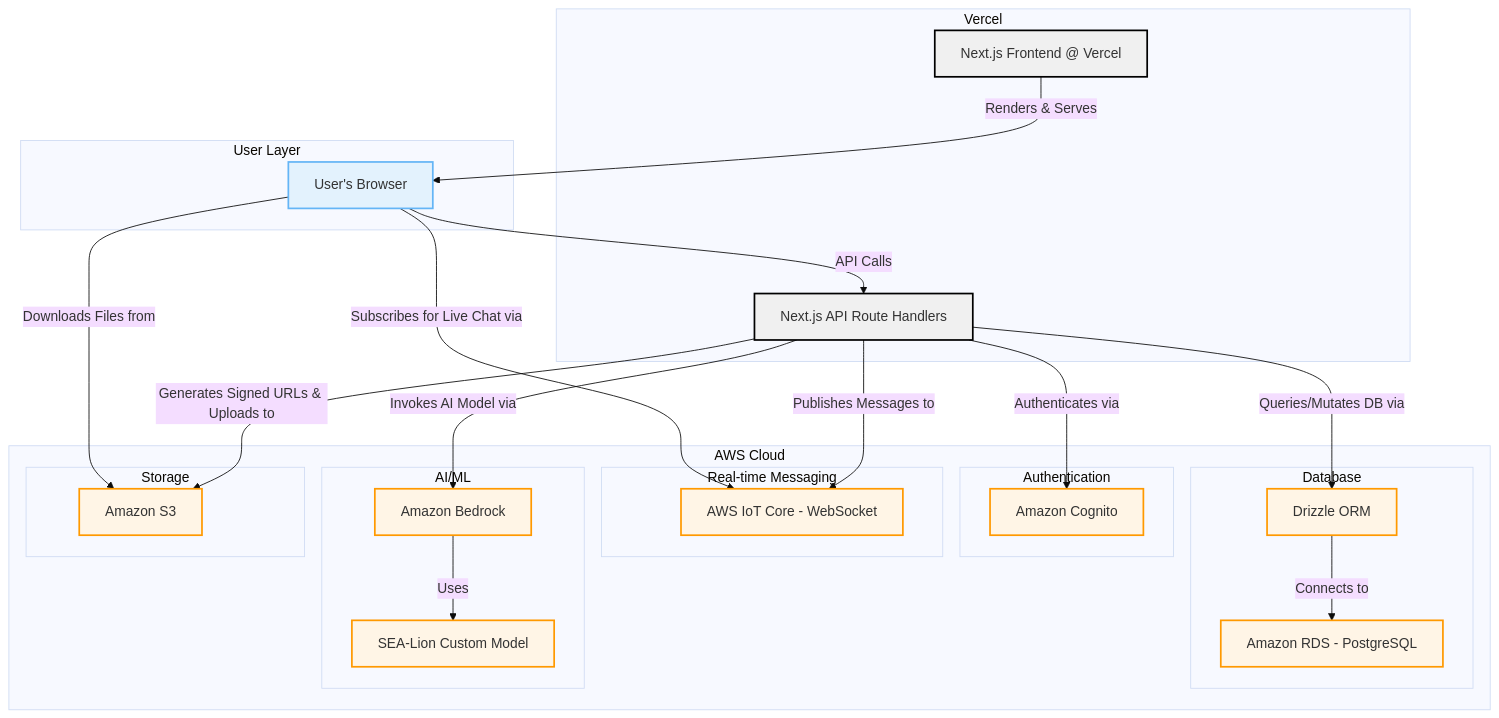
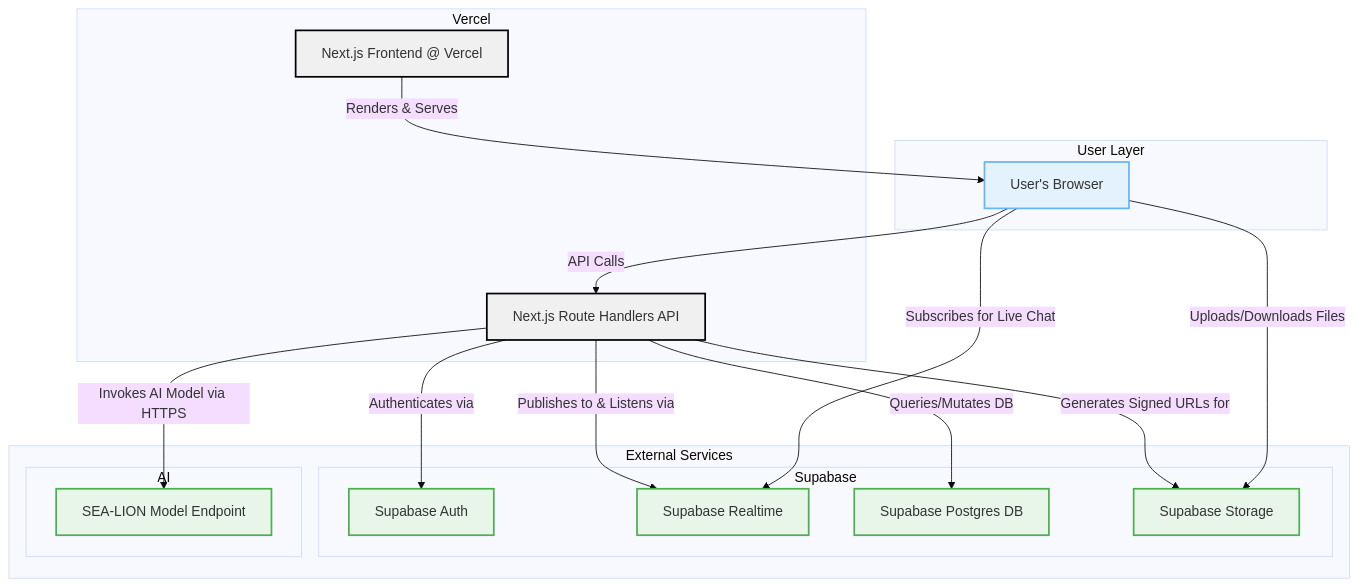
One commit to EduBuilders-SEA/SEA-Bridge changed the diagram in workspace/architecture.md. Above: the diagram before and after it, drawn with Mermaid (base theme). The commit also changed other lines of this file, not shown here.

Commit message:
Though I'm not yet really sure if using AWS (cloud provider of choice) e

````diff
--- a/workspace/architecture.md
+++ b/workspace/architecture.md
@@ -7,57 +7,44 @@
 ```mermaid
 graph TD
     subgraph User Layer
         A[User's Browser]
     end
 
     subgraph Vercel
         B[Next.js Frontend @ Vercel]
-        C[Next.js API Route Handlers]
+        C[Next.js Route Handlers API]
         B -- Renders & Serves --> A
         A -- API Calls --> C
     end
 
-    subgraph AWS Cloud
-        subgraph Authentication
-            D[Amazon Cognito]
+    subgraph External Services
+        subgraph Supabase
+            D[Supabase Auth]
+            E[Supabase Realtime]
+            F[Supabase Postgres DB]
+            G[Supabase Storage]
         end
 
-        subgraph Real-time Messaging
-            E[AWS IoT Core - WebSocket]
-        end
-
-        subgraph Database
-            F[Amazon RDS - PostgreSQL]
-            G[Drizzle ORM]
-        end
-
-        subgraph AI/ML
-            H[Amazon Bedrock]
-            I[SEA-Lion Custom Model]
-        end
-
-        subgraph Storage
-            J[Amazon S3]
+        subgraph AI
+            H[SEA-LION Model Endpoint]
         end
 
         C -- Authenticates via --> D
-        C -- Publishes Messages to --> E
-        A -- Subscribes for Live Chat via --> E
-        C -- Queries/Mutates DB via --> G
-        G -- Connects to --> F
-        C -- Invokes AI Model via --> H
-        H -- Uses --> I
-        C -- Generates Signed URLs & Uploads to --> J
-        A -- Downloads Files from --> J
+        C -- Queries/Mutates DB --> F
+        C -- Publishes to & Listens via --> E
+        A -- Subscribes for Live Chat --> E
+        C -- Generates Signed URLs for --> G
+        A -- Uploads/Downloads Files --> G
+        C -- Invokes AI Model via HTTPS --> H
     end
 
     %% Flow Descriptions
     classDef user fill:#E3F2FD,stroke:#64B5F6,stroke-width:2px;
     classDef vercel fill:#f0f0f0,stroke:#000,stroke-width:2px;
-    classDef aws fill:#fff5e6,stroke:#FF9900,stroke-width:2px;
+    classDef services fill:#E8F5E9,stroke:#4CAF50,stroke-width:2px;
 
     class A user;
     class B,C vercel;
-    class D,E,F,G,H,I,J aws;
+    class D,E,F,G,H services;
 
 ```
````
